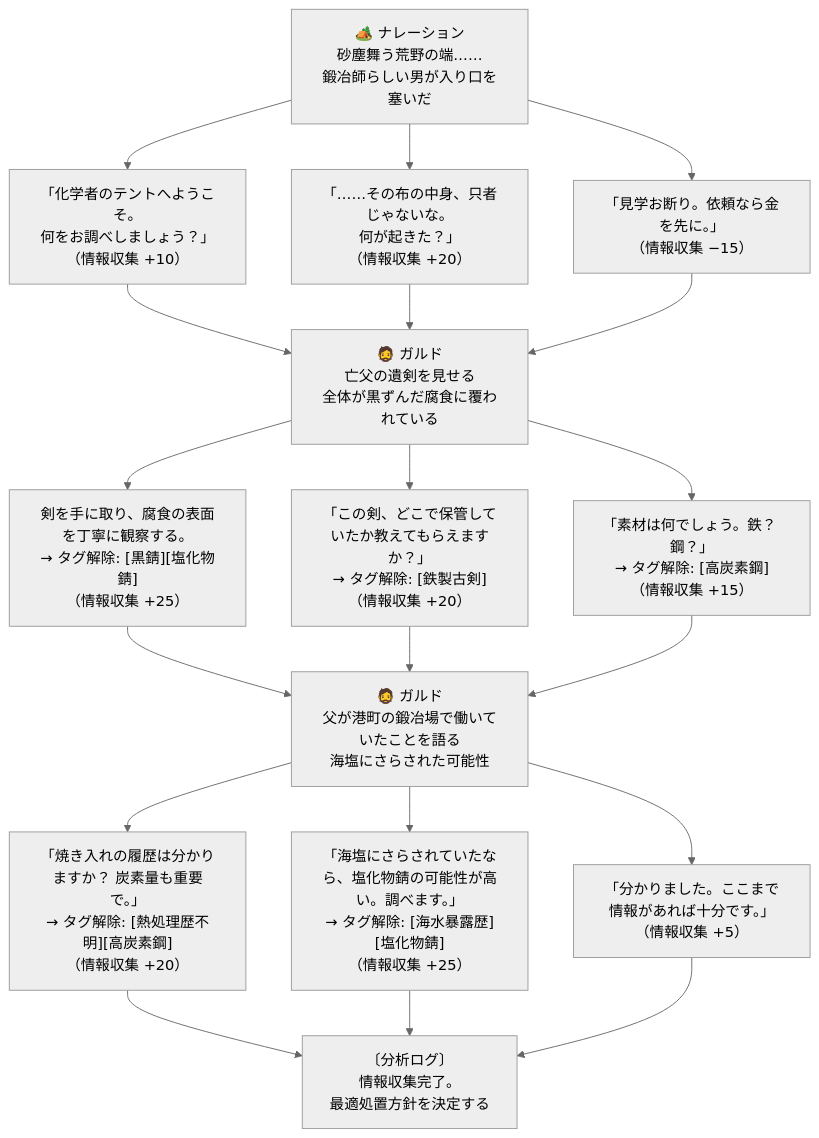
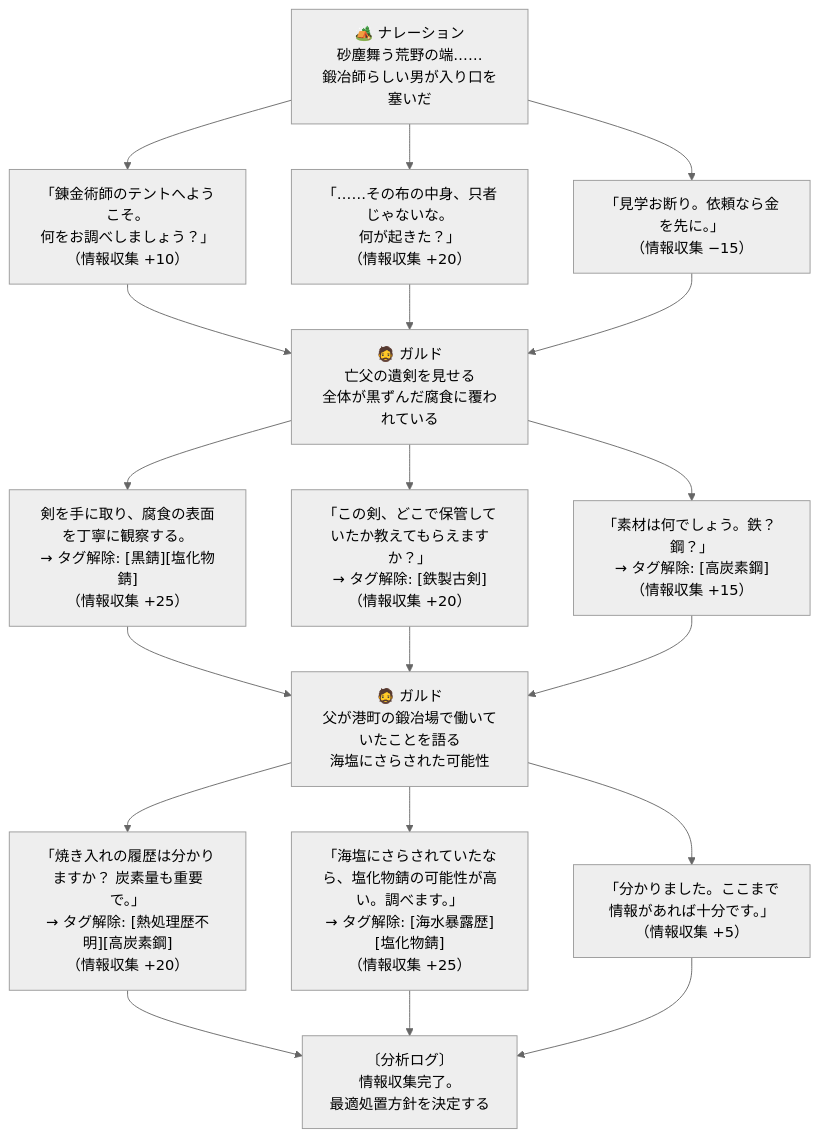
One commit to viviparidae/project-flask changed the diagram in docs/story/ep01-ancient-sword.md. Above: the diagram before and after it, drawn with Mermaid (neutral theme). The commit also changed other lines of this file and 37 other files, not shown here.

````diff
--- a/docs/story/ep01-ancient-sword.md
+++ b/docs/story/ep01-ancient-sword.md
@@ -42,28 +42,28 @@
 ```mermaid
 flowchart TD
     A["🏕️ ナレーション\n砂塵舞う荒野の端……\n鍛冶師らしい男が入り口を塞いだ"]
 
-    A --> B1["「化学者のテントへようこそ。\n何をお調べしましょう？」\n（情報収集 +10）"]
+    A --> B1["「錬金術師のテントへようこそ。\n何をお調べしましょう？」\n（情報収集 +10）"]
     A --> B2["「……その布の中身、只者じゃないな。\n何が起きた？」\n（情報収集 +20）"]
     A --> B3["「見学お断り。依頼なら金を先に。」\n（情報収集 −15）"]
 
     B1 --> C["🧔 ガルド\n亡父の遺剣を見せる\n全体が黒ずんだ腐食に覆われている"]
     B2 --> C
     B3 --> C
 
     C --> D1["剣を手に取り、腐食の表面を丁寧に観察する。\n→ タグ解除: [黒錆][塩化物錆]\n（情報収集 +25）"]
     C --> D2["「この剣、どこで保管していたか教えてもらえますか？」\n→ タグ解除: [鉄製古剣]\n（情報収集 +20）"]
     C --> D3["「素材は何でしょう。鉄？ 鋼？」\n→ タグ解除: [高炭素鋼]\n（情報収集 +15）"]
 
     D1 --> E["🧔 ガルド\n父が港町の鍛冶場で働いていたことを語る\n海塩にさらされた可能性"]
     D2 --> E
     D3 --> E
 
     E --> F1["「焼き入れの履歴は分かりますか？ 炭素量も重要で。」\n→ タグ解除: [熱処理歴不明][高炭素鋼]\n（情報収集 +20）"]
     E --> F2["「海塩にさらされていたなら、塩化物錆の可能性が高い。調べます。」\n→ タグ解除: [海水暴露歴][塩化物錆]\n（情報収集 +25）"]
     E --> F3["「分かりました。ここまで情報があれば十分です。」\n（情報収集 +5）"]
 
     F1 --> G["〔分析ログ〕\n情報収集完了。\n最適処置方針を決定する"]
     F2 --> G
     F3 --> G
 ```
````
